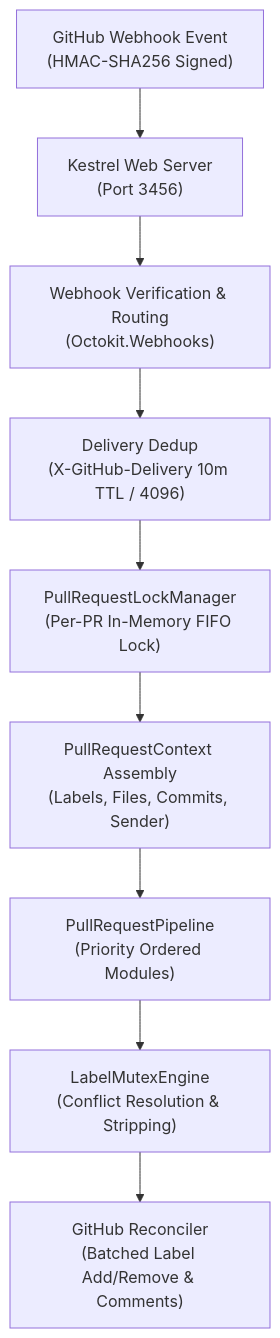
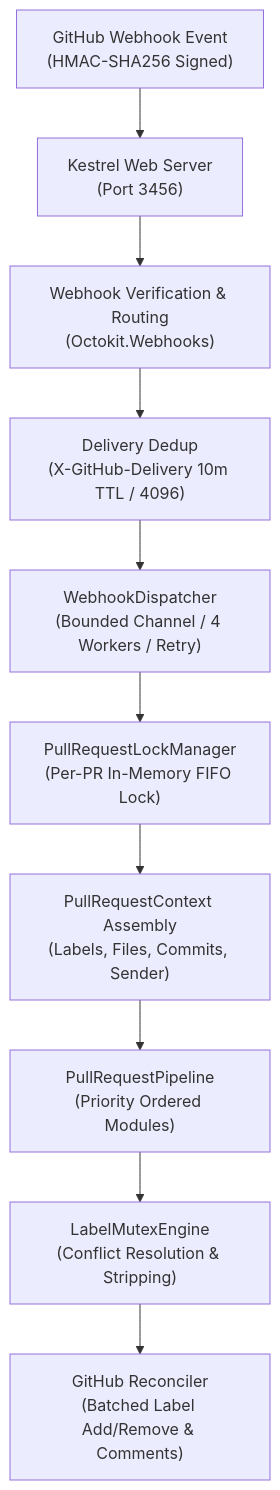
One commit to SteveZMTstudios/abaci-bot changed the diagram in docs/architecture.md. Above: the diagram before and after it, drawn with Mermaid. The commit also changed other lines of this file and 65 other files, not shown here.

````diff
--- a/docs/architecture.md
+++ b/docs/architecture.md
@@ -11,11 +11,12 @@
 ```mermaid
 flowchart TD
     GH["GitHub Webhook Event<br>(HMAC-SHA256 Signed)"] --> Kestrel["Kestrel Web Server<br>(Port 3456)"]
     Kestrel --> MW["Webhook Verification & Routing<br>(Octokit.Webhooks)"]
     MW --> Dedup["Delivery Dedup<br>(X-GitHub-Delivery 10m TTL / 4096)"]
-    Dedup --> Lock["PullRequestLockManager<br>(Per-PR In-Memory FIFO Lock)"]
+    Dedup --> Queue["WebhookDispatcher<br>(Bounded Channel / 4 Workers / Retry)"]
+    Queue --> Lock["PullRequestLockManager<br>(Per-PR In-Memory FIFO Lock)"]
     Lock --> Ctx["PullRequestContext Assembly<br>(Labels, Files, Commits, Sender)"]
     Ctx --> Pipe["PullRequestPipeline<br>(Priority Ordered Modules)"]
     Pipe --> Mutex["LabelMutexEngine<br>(Conflict Resolution & Stripping)"]
     Mutex --> Sync["GitHub Reconciler<br>(Batched Label Add/Remove & Comments)"]
 ```
````
